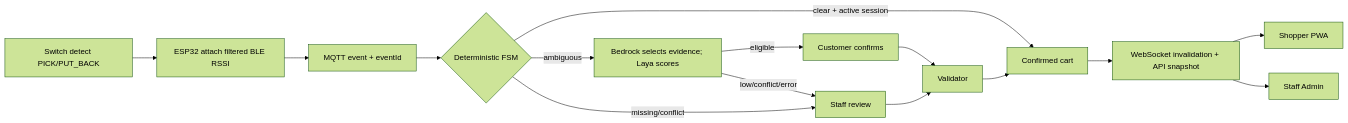
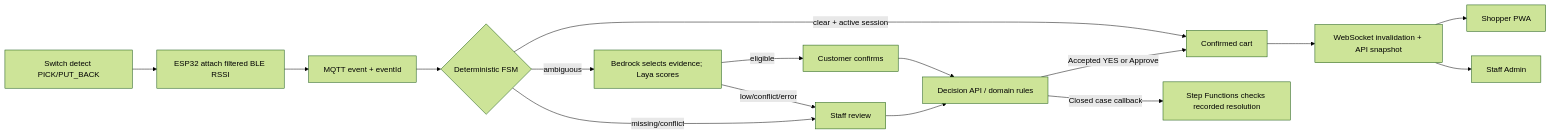
The tenth of 10 diagrams in docs/fast-project-workflow.md (thhanabun/NTT_Prototype), drawn with Mermaid (forest theme) before and after one commit. The commit also changed other lines of this file, not shown here.

Commit message:
docs: align FAST workflow with main

````diff
--- a/docs/fast-project-workflow.md
+++ b/docs/fast-project-workflow.md
@@ -441,17 +487,18 @@
 ```mermaid
 flowchart LR
   Pick[Switch detect PICK/PUT_BACK] --> RSSI[ESP32 attach filtered BLE RSSI]
   RSSI --> Event[MQTT event + eventId]
   Event --> FSM{Deterministic FSM}
   FSM -->|clear + active session| Cart[Confirmed cart]
   FSM -->|ambiguous| Agent[Bedrock selects evidence; Laya scores]
   FSM -->|missing/conflict| Staff[Staff review]
   Agent -->|eligible| Customer[Customer confirms]
   Agent -->|low/conflict/error| Staff
-  Customer --> Validate[Validator]
-  Staff --> Validate
-  Validate --> Cart
+  Customer --> Decision[Decision API / domain rules]
+  Staff --> Decision
+  Decision -->|Accepted YES or Approve| Cart
+  Decision -->|Closed case callback| Workflow[Step Functions checks recorded resolution]
   Cart --> Live[WebSocket invalidation + API snapshot]
   Live --> Shopper[Shopper PWA]
   Live --> Admin[Staff Admin]
 ```
````
